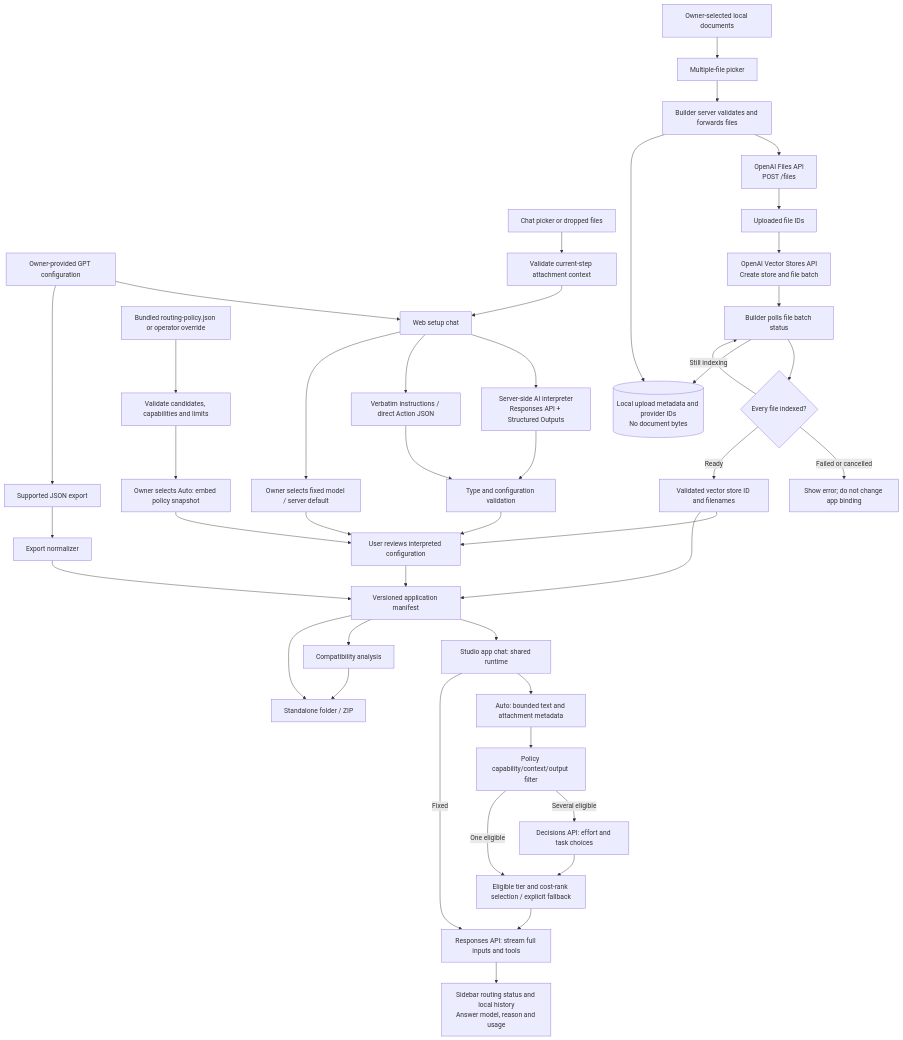
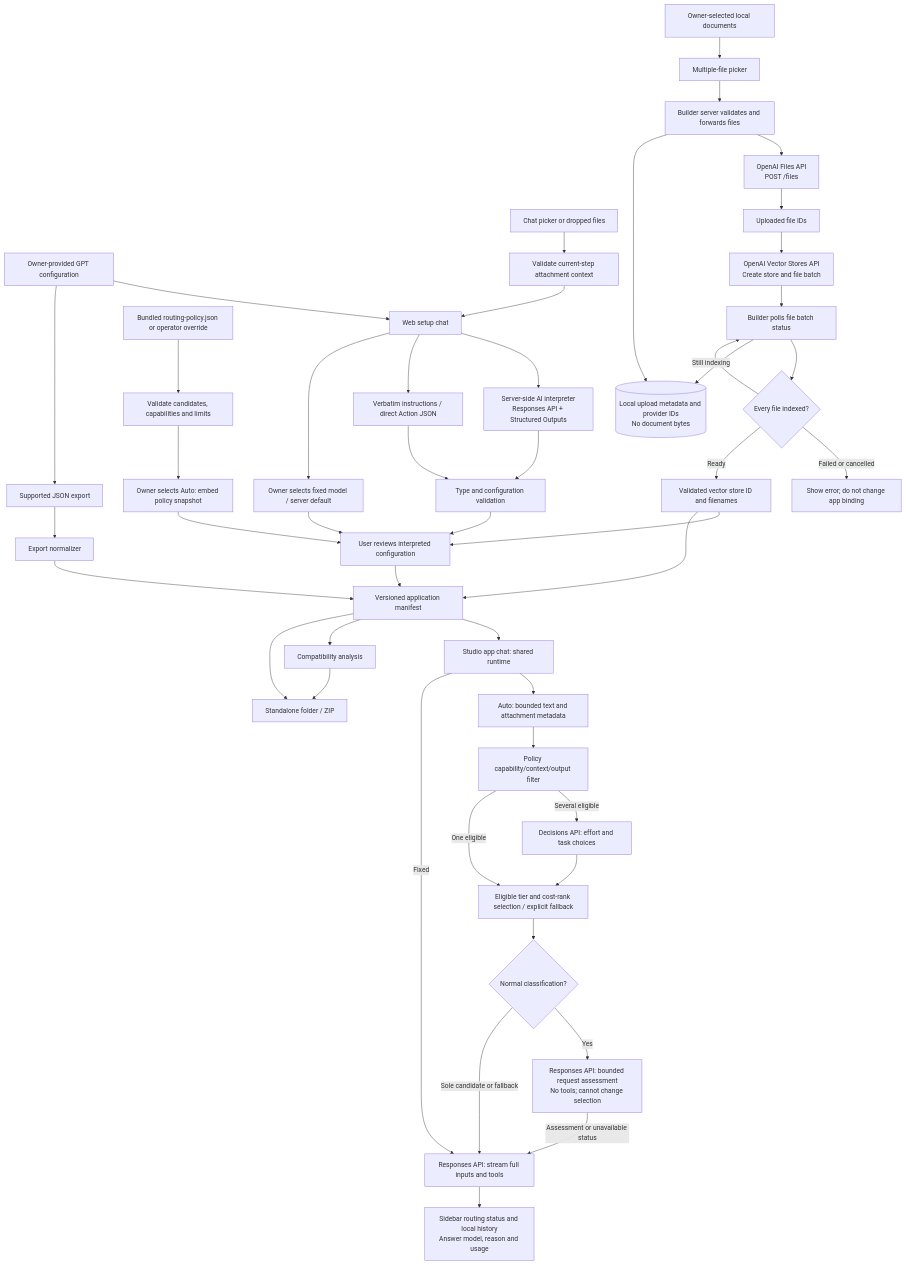
Before and after one commit to skarlekar/ai-app-studio: the first of 2 diagrams in README.md, drawn with Mermaid. The commit also changed other lines of this file and 15 other files, not shown here.

````diff
--- a/README.md
+++ b/README.md
@@ -533,46 +544,49 @@
 ```mermaid
 flowchart TD
     Owner[Owner-provided GPT configuration] --> Chat[Web setup chat]
     Owner --> Export[Supported JSON export]
     Context[Chat picker or dropped files] --> ChatFiles[Validate current-step attachment context]
     ChatFiles --> Chat
     Chat --> Interpreter[Server-side AI interpreter<br/>Responses API + Structured Outputs]
     Interpreter --> Validation[Type and configuration validation]
     Chat --> Verbatim[Verbatim instructions / direct Action JSON]
     Verbatim --> Validation
     Export --> Importer[Export normalizer]
     Importer --> Spec[Versioned application manifest]
     Validation --> Review[User reviews interpreted configuration]
     Policy[Bundled routing-policy.json or operator override] --> PolicyCheck[Validate candidates, capabilities and limits]
     PolicyCheck --> Auto[Owner selects Auto: embed policy snapshot]
     Auto --> Review
     Chat --> Fixed[Owner selects fixed model / server default]
     Fixed --> Review
     Documents[Owner-selected local documents] --> Picker[Multiple-file picker]
     Picker --> Uploader[Builder server validates and forwards files]
     Uploader --> FilesAPI[OpenAI Files API<br/>POST /files]
     FilesAPI --> FileIDs[Uploaded file IDs]
     FileIDs --> Indexer[OpenAI Vector Stores API<br/>Create store and file batch]
     Indexer --> Poll[Builder polls file batch status]
     Poll --> Ready{Every file indexed?}
     Ready -->|Still indexing| Poll
     Ready -->|Failed or cancelled| Failure[Show error; do not change app binding]
     Ready -->|Ready| Binding[Validated vector store ID and filenames]
     Binding --> Review
     Binding --> Spec
     Uploader --> Metadata[(Local upload metadata and provider IDs<br/>No document bytes)]
     Poll --> Metadata
     Review --> Spec
     Spec --> Studio[Studio app chat: shared runtime]
     Studio --> Evidence[Auto: bounded text and attachment metadata]
     Evidence --> Filter[Policy capability/context/output filter]
     Filter -->|Several eligible| Decisions[Decisions API: effort and task choices]
     Filter -->|One eligible| Select
     Decisions --> Select[Eligible tier and cost-rank selection / explicit fallback]
     Studio -->|Fixed| Answer[Responses API: stream full inputs and tools]
-    Select --> Answer
+    Select --> ExplainWhen{Normal classification?}
+    ExplainWhen -->|Yes| Explain[Responses API: bounded request assessment<br/>No tools; cannot change selection]
+    Explain -->|Assessment or unavailable status| Answer
+    ExplainWhen -->|Sole candidate or fallback| Answer
     Answer --> Status[Sidebar routing status and local history<br/>Answer model, reason and usage]
     Spec --> Report[Compatibility analysis]
     Spec --> Package[Standalone folder / ZIP]
     Report --> Package
 ```
````
